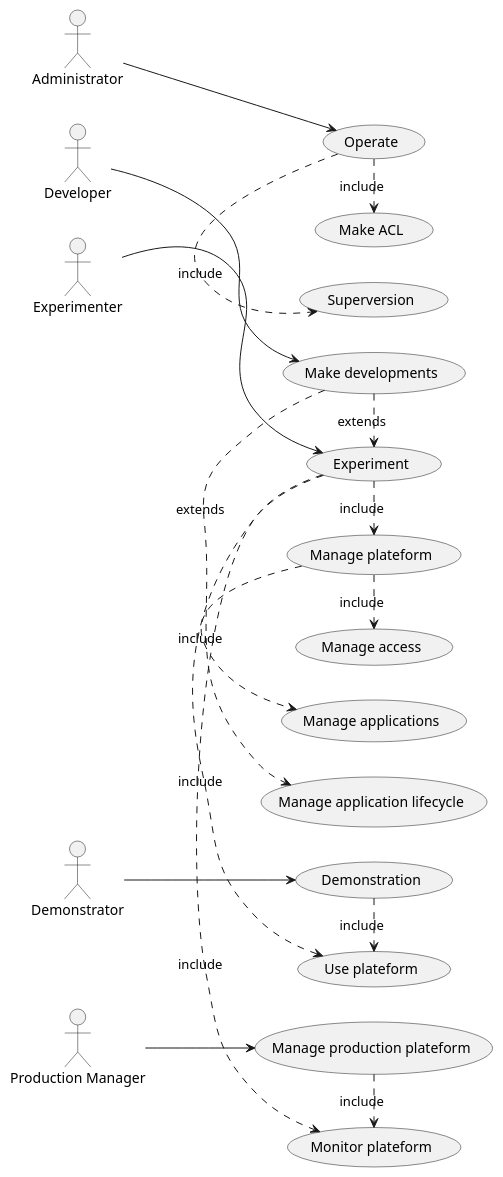
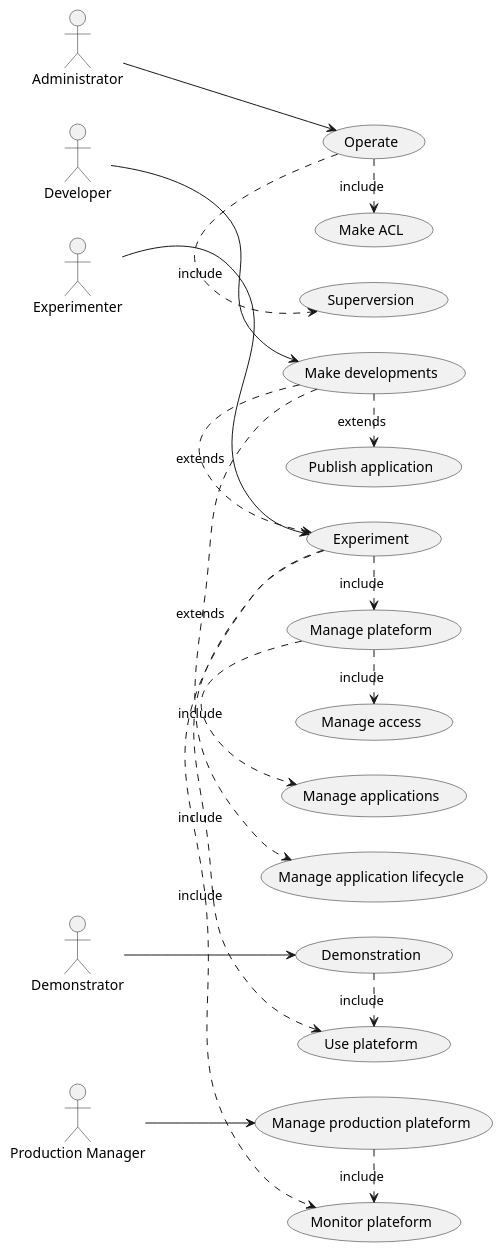
The diagram in Use cases/kathra-use-cases-origin.puml (kathra-project/specifications), drawn with PlantUML before and after one commit. The commit also changed 3 other files, not shown here.

```diff
--- a/Use cases/kathra-use-cases-origin.puml
+++ b/Use cases/kathra-use-cases-origin.puml
@@ -1,57 +1,60 @@
 @startuml
 'default
 left to right direction
 
 
 :developer: as "Developer"
 :experimenter: as "Experimenter"
 :productionManager: as "Production Manager"
 :admin: as "Administrator"
 :demonstrator: as "Demonstrator"
 
 
 (development) as "Make developments"
 
 (manageApplicationLifecycle) as "Manage application lifecycle"
 
 (experiment) as "Experiment"
 
 (manageProductionPlatform) as "Manage production plateform"
 (usePlatform) as "Use plateform"
 
 (managePlatform) as "Manage plateform"
 (manageApplication) as "Manage applications"
 (manageAccess) as "Manage access"
 
+(publishApplication) as "Publish application"
+
 (monitorPlatform) as "Monitor plateform"
 
 (operate) as "Operate"
 (superversion) as "Superversion"
 (acl) as "Make ACL"
 
 (demonstrate) as "Demonstration"
 
 developer --> (development)
 experimenter --> (experiment)
 productionManager --> (manageProductionPlatform)
 demonstrator --> (demonstrate)
 admin --> (operate)
 
 
 (development) .> (manageApplicationLifecycle) : extends
 (development) .> (experiment) : extends
+(development) .> (publishApplication) : extends
 
 (experiment) .> (usePlatform) : include
 (experiment) .> (managePlatform) : include
 (managePlatform) .> (manageApplication) : include
 (managePlatform) .> (manageAccess) : include
 
 (experiment) .> (monitorPlatform) : include
 (manageProductionPlatform) .> (monitorPlatform) : include
 
 (operate) .> (superversion) : include
 (operate) .> (acl) : include
 
 (demonstrate) .> (usePlatform) : include
 
 @enduml
```
